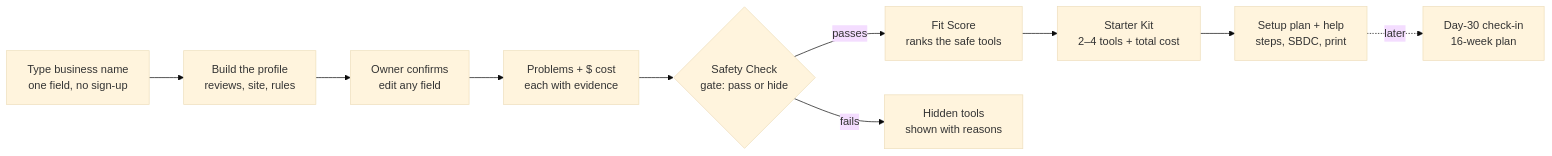
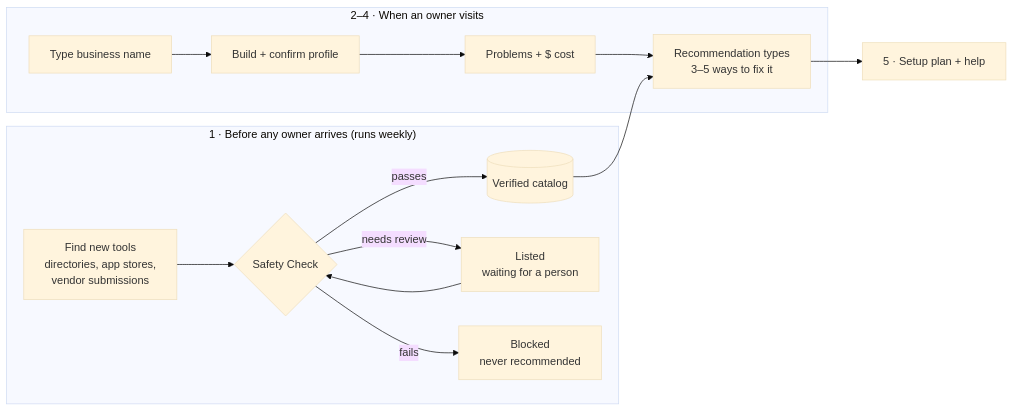
One commit to ak-umd-2409/ByteMe changed the diagram in docs/FEATURE_SPEC.md. Above: the diagram before and after it, drawn with Mermaid (base theme). The commit also changed other lines of this file, not shown here.

First line of the commit message:
Move safety check to catalog entry; add recommendation types

````diff
--- a/docs/FEATURE_SPEC.md
+++ b/docs/FEATURE_SPEC.md
@@ -9,12 +9,17 @@
 ```mermaid
 flowchart LR
-    A["Type business name<br/>one field, no sign-up"] --> B["Build the profile<br/>reviews, site, rules"]
-    B --> C["Owner confirms<br/>edit any field"]
-    C --> D["Problems + $ cost<br/>each with evidence"]
-    D --> E{"Safety Check<br/>gate: pass or hide"}
-    E -- passes --> F["Fit Score<br/>ranks the safe tools"]
-    E -- fails --> H["Hidden tools<br/>shown with reasons"]
-    F --> G["Starter Kit<br/>2–4 tools + total cost"]
-    G --> P["Setup plan + help<br/>steps, SBDC, print"]
-    P -. later .-> Q["Day-30 check-in<br/>16-week plan"]
+    subgraph BEFORE["1 · Before any owner arrives (runs weekly)"]
+        S["Find new tools<br/>directories, app stores,<br/>vendor submissions"] --> SC{"Safety Check"}
+        SC -- passes --> CAT[("Verified catalog")]
+        SC -- needs review --> RV["Listed<br/>waiting for a person"]
+        SC -- fails --> BL["Blocked<br/>never recommended"]
+        RV --> SC
+    end
+    subgraph OWNER["2–4 · When an owner visits"]
+        A["Type business name"] --> B["Build + confirm profile"]
+        B --> D["Problems + $ cost"]
+        D --> R["Recommendation types<br/>3–5 ways to fix it"]
+    end
+    CAT --> R
+    R --> P["5 · Setup plan + help"]
 ```
````
